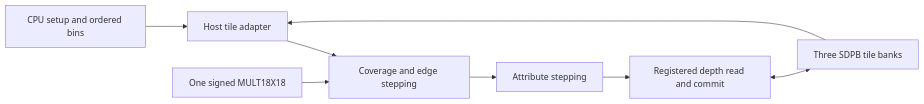
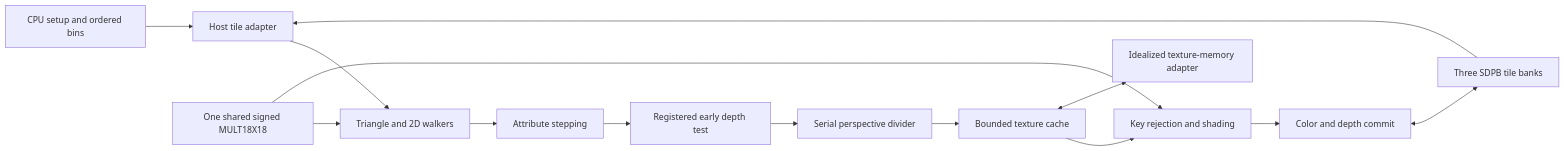
The diagram in docs/hardware/block-interfaces.md (apc53pro/Nano-20K-GPU), drawn with Mermaid before and after one commit. The commit also changed other lines of this file and 25 other files, not shown here.

````diff
--- a/docs/hardware/block-interfaces.md
+++ b/docs/hardware/block-interfaces.md
@@ -24,10 +36,16 @@
 ```mermaid
 flowchart LR
     CPU[CPU setup and ordered bins] --> ADAPTER[Host tile adapter]
-    ADAPTER --> COVER[Coverage and edge stepping]
-    COVER --> INTERP[Attribute stepping]
-    INTERP --> DEPTH[Registered depth read and commit]
-    DEPTH <--> TILE[Three SDPB tile banks]
-    MULT[One signed MULT18X18] --> COVER
+    ADAPTER --> WALK[Triangle and 2D walkers]
+    WALK --> ATTR[Attribute stepping]
+    ATTR --> Z[Registered early depth test]
+    Z --> UV[Serial perspective divider]
+    UV --> TEX[Bounded texture cache]
+    TEX --> SHADE[Key rejection and shading]
+    SHADE --> COMMIT[Color and depth commit]
+    COMMIT <--> TILE[Three SDPB tile banks]
+    MULT[One shared signed MULT18X18] --> WALK
+    MULT --> SHADE
+    TEX <--> MEMORY[Idealized texture-memory adapter]
     TILE --> ADAPTER
 ```
````
